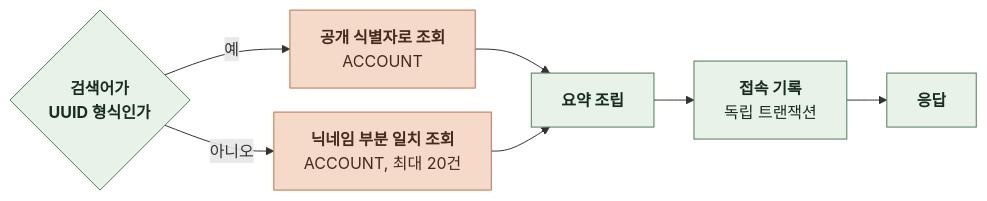
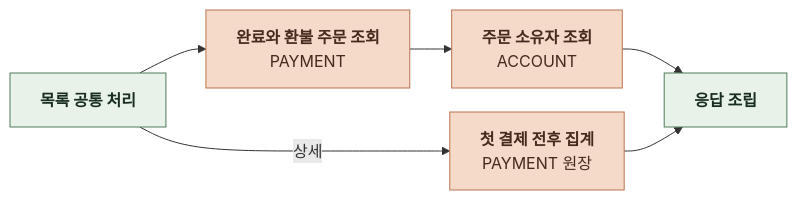
One commit to KIM-N-KANG/knk-harness changed the tenth of 11 diagrams in docs/domain/ADMIN/BACKEND/4-1-PIPELINES.md. Above: the diagram before and after it, drawn with Mermaid. The commit also changed other lines of this file and 14 other files, not shown here.

````diff
--- a/docs/domain/ADMIN/BACKEND/4-1-PIPELINES.md
+++ b/docs/domain/ADMIN/BACKEND/4-1-PIPELINES.md
@@ -151,18 +298,16 @@
 ```mermaid
 %%{init: {"flowchart": {"curve": "basis", "nodeSpacing": 24, "rankSpacing": 40}}}%%
 flowchart LR
-    A{"`**검색어가
-UUID 형식인가**`"} -->|예| B["`**공개 식별자로 조회**
+    A["`**목록 공통 처리**`"] --> B["`**완료와 환불 주문 조회**
+PAYMENT`"]
+    B --> C["`**주문 소유자 조회**
 ACCOUNT`"]
-    A -->|아니오| C["`**닉네임 부분 일치 조회**
-ACCOUNT, 최대 20건`"]
-    B --> D["`**요약 조립**`"]
-    C --> D
-    D --> E["`**접속 기록**
-독립 트랜잭션`"]
-    E --> F["`**응답**`"]
+    C --> D["`**응답 조립**`"]
+    A -->|상세| E["`**첫 결제 전후 집계**
+PAYMENT 원장`"]
+    E --> D
     classDef comp fill:#E8F2E8,stroke:#527A59,color:#182D1D
     classDef task fill:#F5D9C9,stroke:#B97450,color:#452B1D
-    class A,D,E,F comp
-    class B,C task
+    class A,D comp
+    class B,C,E task
 ```
````
